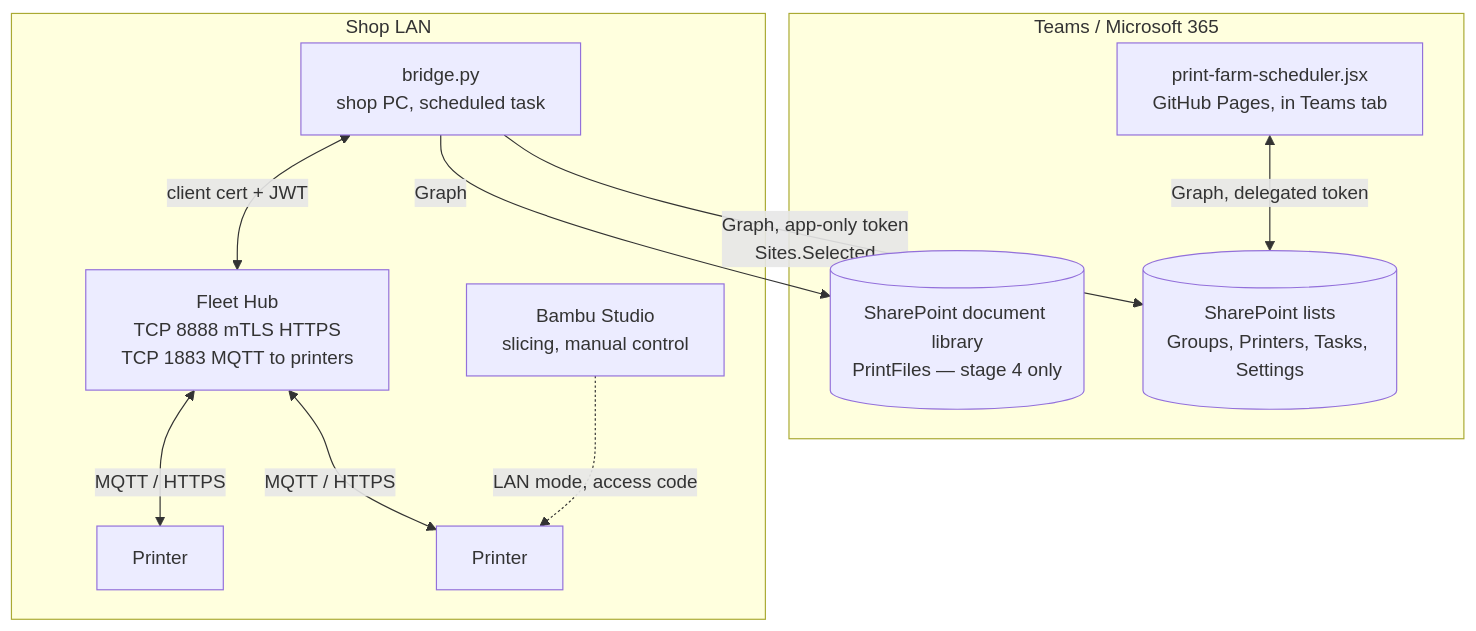
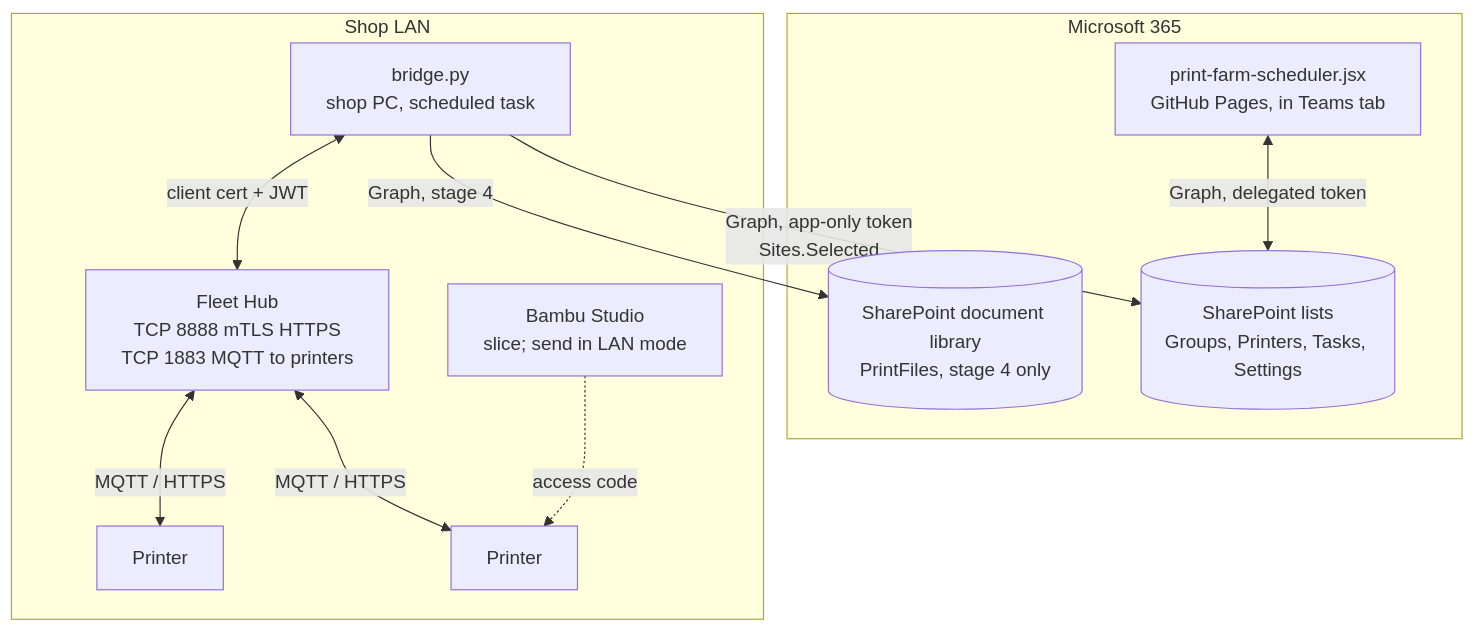
One commit to 221twoseven/print-farm-scheduler changed the first of 4 diagrams in docs/farm-integration-technical.md. Above: the diagram before and after it, drawn with Mermaid. The commit also changed other lines of this file and 2 other files, not shown here.

First line of the commit message:
Rewrite integration docs around the real starting point: board + Studio, no Farm Manager

````diff
--- a/docs/farm-integration-technical.md
+++ b/docs/farm-integration-technical.md
@@ -39,22 +64,22 @@
 ```mermaid
 flowchart TB
-    subgraph Teams / Microsoft 365
+    subgraph Microsoft 365
         Board[print-farm-scheduler.jsx<br/>GitHub Pages, in Teams tab]
         SP[(SharePoint lists<br/>Groups, Printers, Tasks, Settings)]
-        Lib[(SharePoint document library<br/>PrintFiles — stage 4 only)]
+        Lib[(SharePoint document library<br/>PrintFiles, stage 4 only)]
     end
     subgraph Shop LAN
         Bridge[bridge.py<br/>shop PC, scheduled task]
         Hub[Fleet Hub<br/>TCP 8888 mTLS HTTPS<br/>TCP 1883 MQTT to printers]
         P1[Printer]
         P2[Printer]
-        Studio[Bambu Studio<br/>slicing, manual control]
+        Studio[Bambu Studio<br/>slice; send in LAN mode]
     end
     Board <-->|Graph, delegated token| SP
     Bridge -->|Graph, app-only token<br/>Sites.Selected| SP
-    Bridge -->|Graph| Lib
+    Bridge -->|Graph, stage 4| Lib
     Bridge <-->|client cert + JWT| Hub
     Hub <-->|MQTT / HTTPS| P1
     Hub <-->|MQTT / HTTPS| P2
-    Studio -.->|LAN mode, access code| P1
+    Studio -.->|access code| P1
 ```
````
